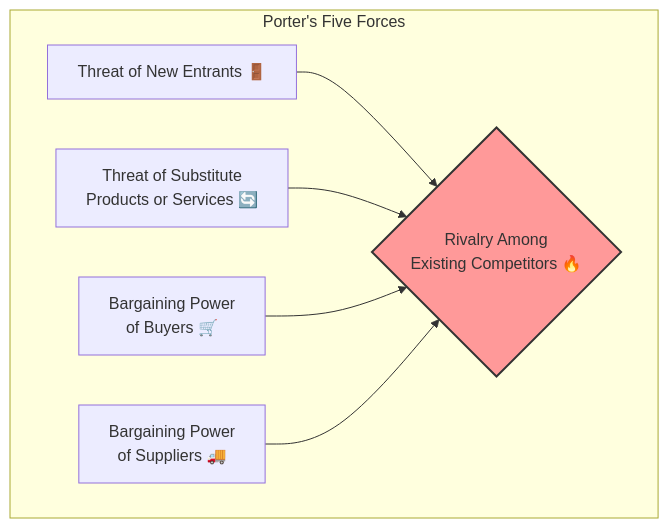
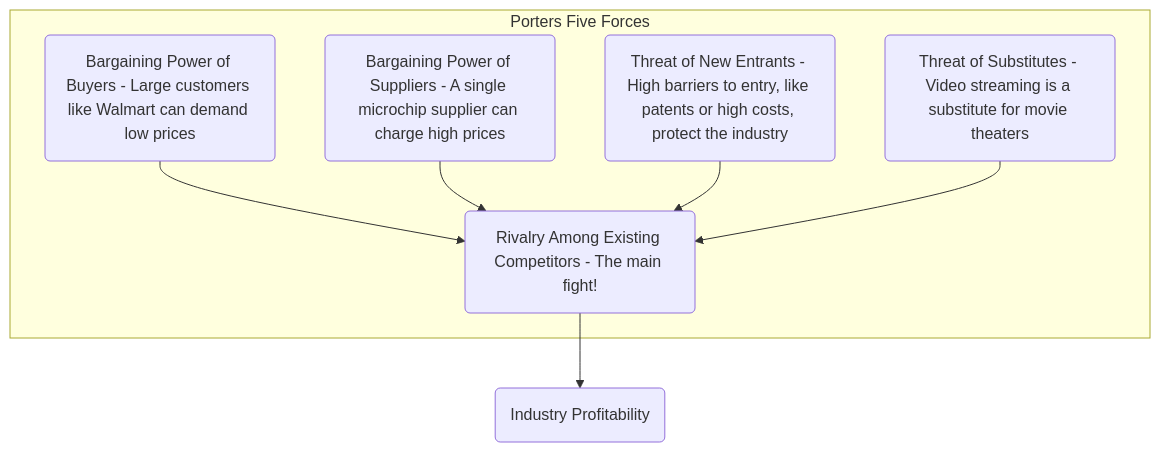
One commit to agarwalvipin/open_cfa changed the second of 2 diagrams in docs/LOS/Equity/Reading 44.md. Above: the diagram before and after it, drawn with Mermaid. The commit also changed other lines of this file and 22 other files, not shown here.

````diff
--- a/docs/LOS/Equity/Reading 44.md
+++ b/docs/LOS/Equity/Reading 44.md
@@ -58,10 +78,10 @@
 ```mermaid
 graph TD
-    subgraph Porter's Five Forces
-        A[Threat of New Entrants 🚪] --> C{Rivalry Among<br/>Existing Competitors 🔥};
-        B[Threat of Substitute<br/>Products or Services 🔄] --> C;
-        D[Bargaining Power<br/>of Buyers 🛒] --> C;
-        E[Bargaining Power<br/>of Suppliers 🚚] --> C;
+    subgraph Porters Five Forces
+        B(Bargaining Power of Buyers - Large customers like Walmart can demand low prices) --> C(Rivalry Among Existing Competitors - The main fight!)
+        S(Bargaining Power of Suppliers - A single microchip supplier can charge high prices) --> C
+        E(Threat of New Entrants - High barriers to entry, like patents or high costs, protect the industry) --> C
+        Sub(Threat of Substitutes - Video streaming is a substitute for movie theaters) --> C
     end
-    style C fill:#ff9999,stroke:#333,stroke-width:2px
+    C --> P(Industry Profitability)
 ```
````
